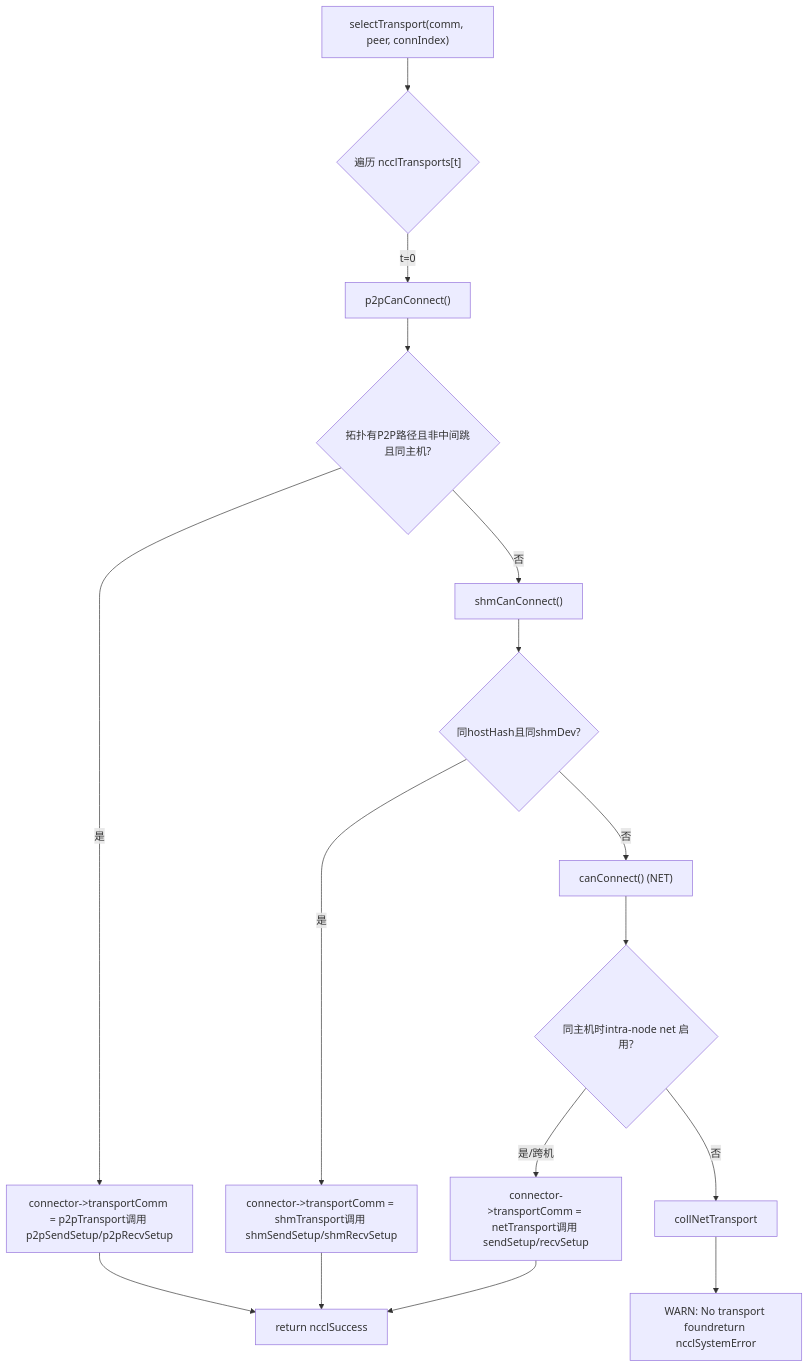
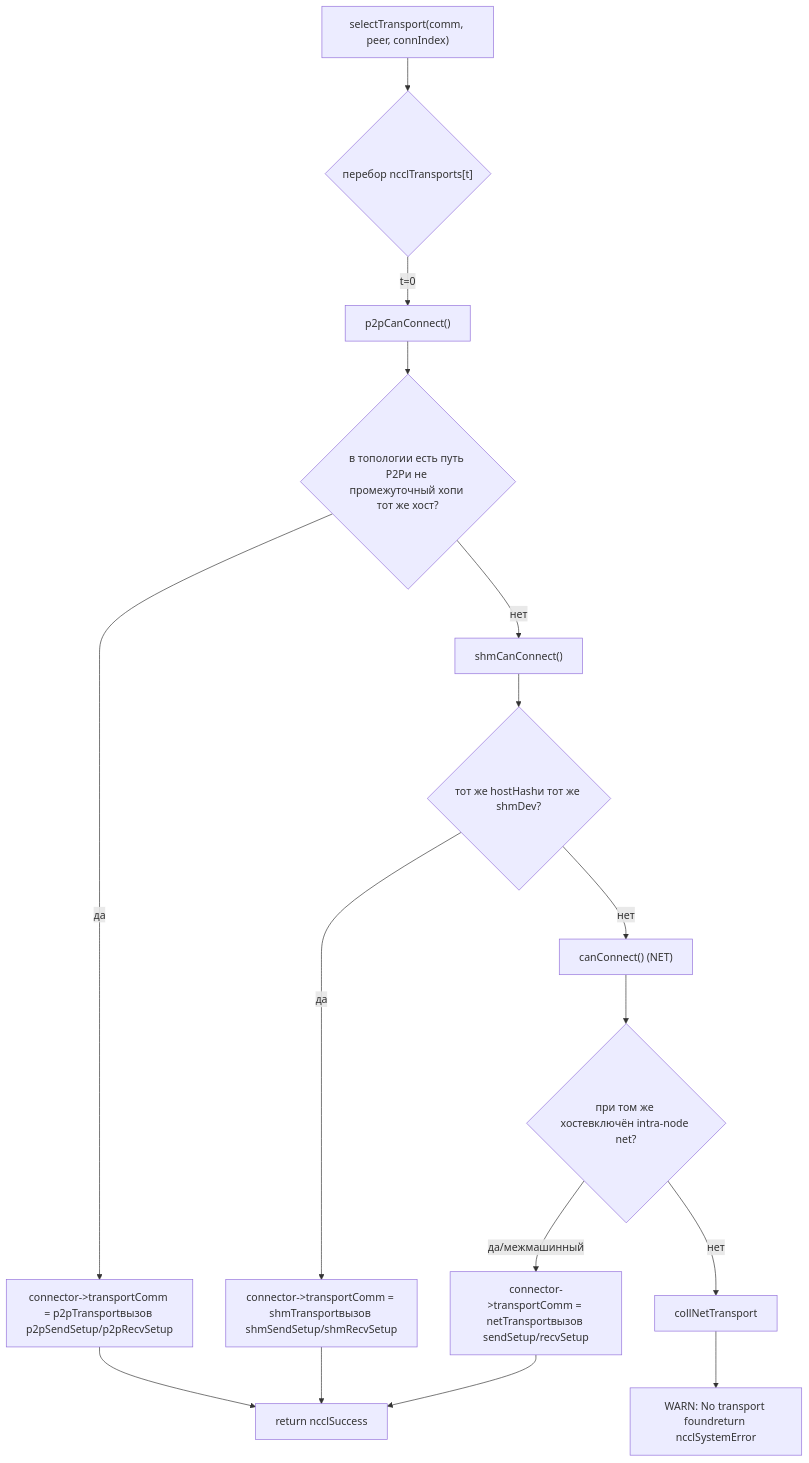
One commit to maleRjc/AiReadCodeBooks changed the first of 2 diagrams in books/nccl/ru/11-transport-layer-p2p-shm-net-nvls.md. Above: the diagram before and after it, drawn with Mermaid. The commit also changed other lines of this file and 74 other files, not shown here.

````diff
--- a/books/nccl/ru/11-transport-layer-p2p-shm-net-nvls.md
+++ b/books/nccl/ru/11-transport-layer-p2p-shm-net-nvls.md
@@ -154,18 +156,18 @@
 ```mermaid
 flowchart TD
-    start["selectTransport(comm, peer, connIndex)"] --> loop{"遍历 ncclTransports[t]"}
+    start["selectTransport(comm, peer, connIndex)"] --> loop{"перебор ncclTransports[t]"}
     loop -->|t=0| p2p["p2pCanConnect()"]
-    p2p --> p2p_chk{"拓扑有P2P路径且非中间跳且同主机?"}
-    p2p_chk -->|是| use_p2p["connector->transportComm = p2pTransport调用 p2pSendSetup/p2pRecvSetup"]
-    p2p_chk -->|否| shm["shmCanConnect()"]
-    shm --> shm_chk{"同hostHash且同shmDev?"}
-    shm_chk -->|是| use_shm["connector->transportComm = shmTransport调用 shmSendSetup/shmRecvSetup"]
-    shm_chk -->|否| net["canConnect() (NET)"]
-    net --> net_chk{"同主机时intra-node net 启用?"}
-    net_chk -->|是/跨机| use_net["connector->transportComm = netTransport调用 sendSetup/recvSetup"]
-    net_chk -->|否| collnet["collNetTransport"]
+    p2p --> p2p_chk{"в топологии есть путь P2Pи не промежуточный хопи тот же хост?"}
+    p2p_chk -->|да| use_p2p["connector->transportComm = p2pTransportвызов p2pSendSetup/p2pRecvSetup"]
+    p2p_chk -->|нет| shm["shmCanConnect()"]
+    shm --> shm_chk{"тот же hostHashи тот же shmDev?"}
+    shm_chk -->|да| use_shm["connector->transportComm = shmTransportвызов shmSendSetup/shmRecvSetup"]
+    shm_chk -->|нет| net["canConnect() (NET)"]
+    net --> net_chk{"при том же хостевключён intra-node net?"}
+    net_chk -->|да/межмашинный| use_net["connector->transportComm = netTransportвызов sendSetup/recvSetup"]
+    net_chk -->|нет| collnet["collNetTransport"]
     collnet --> fail["WARN: No transport foundreturn ncclSystemError"]
     use_p2p --> done["return ncclSuccess"]
     use_shm --> done
     use_net --> done
 ```
````
